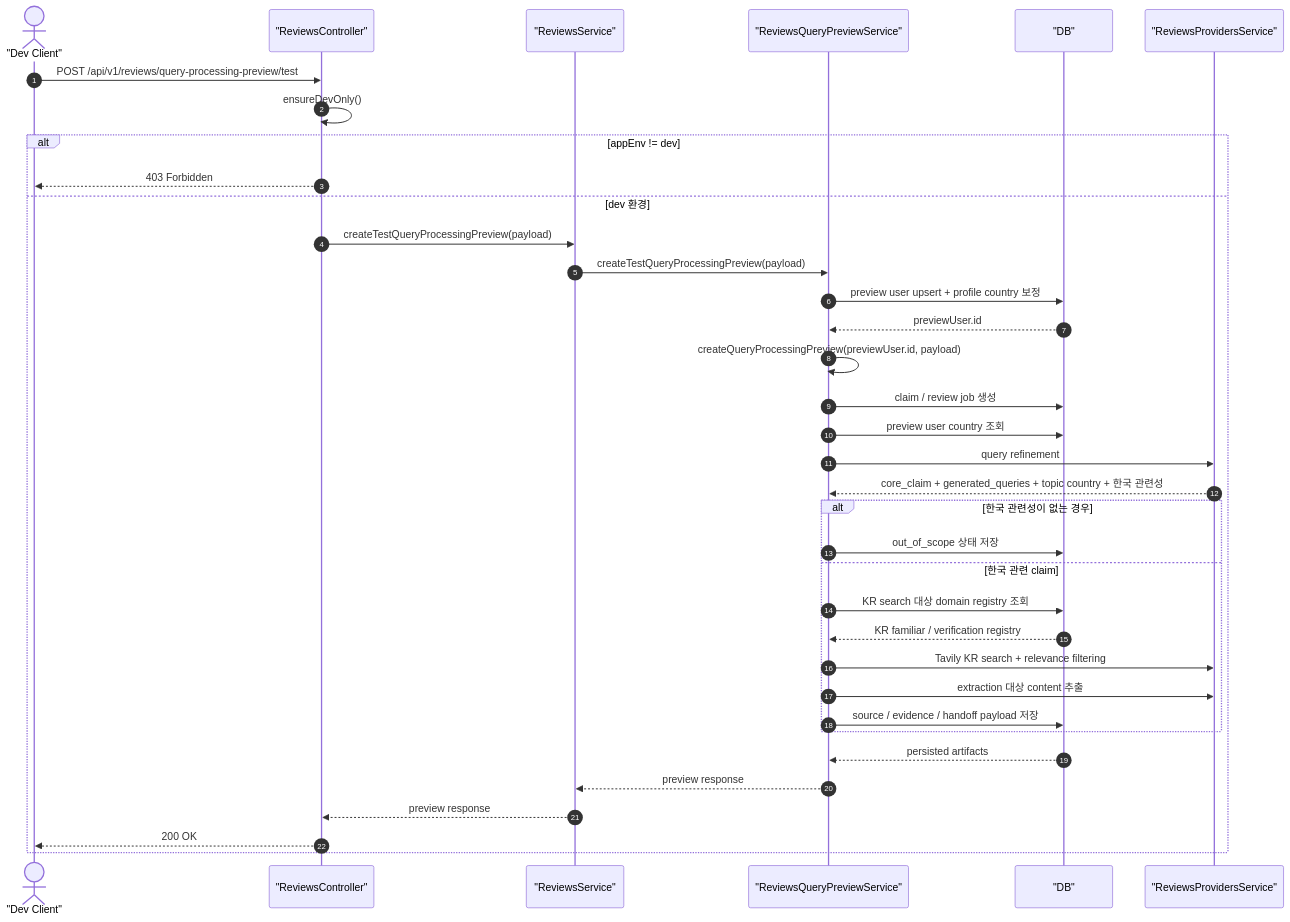
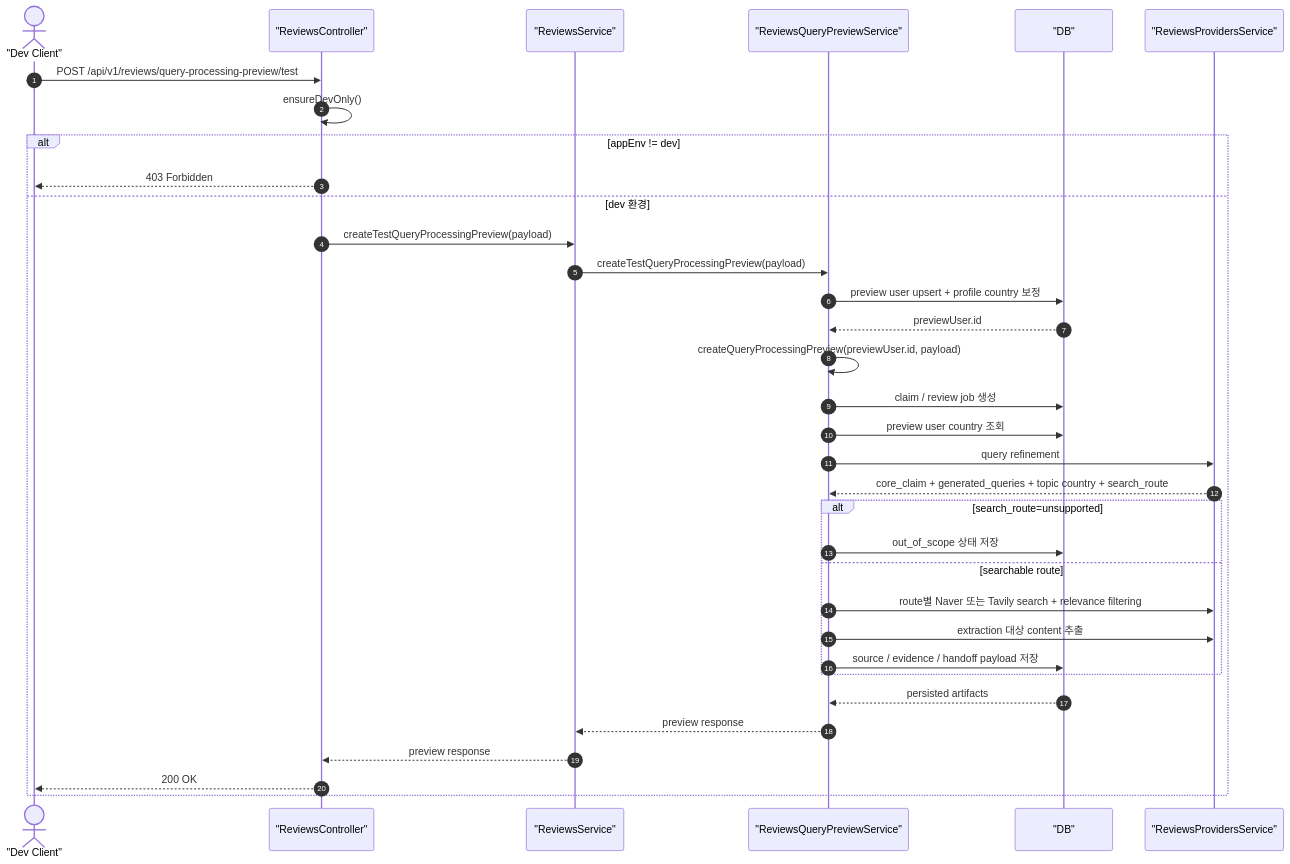
Before and after one commit to dyjeong576/varo: the second of 2 diagrams in docs/review-query-processing.md, drawn with Mermaid. The commit also changed other lines of this file and 30 other files, not shown here.

First line of the commit message:
feat: Implement Naver News Search API integration and provider routing

````diff
--- a/docs/review-query-processing.md
+++ b/docs/review-query-processing.md
@@ -184,40 +195,38 @@
 ```mermaid
 sequenceDiagram
     autonumber
     actor DevClient as "Dev Client"
     participant Controller as "ReviewsController"
     participant ReviewsService as "ReviewsService"
     participant QueryPreviewService as "ReviewsQueryPreviewService"
     participant DB as "DB"
     participant Providers as "ReviewsProvidersService"
 
     DevClient->>Controller: POST /api/v1/reviews/query-processing-preview/test
     Controller->>Controller: ensureDevOnly()
 
     alt appEnv != dev
         Controller-->>DevClient: 403 Forbidden
     else dev 환경
         Controller->>ReviewsService: createTestQueryProcessingPreview(payload)
         ReviewsService->>QueryPreviewService: createTestQueryProcessingPreview(payload)
         QueryPreviewService->>DB: preview user upsert + profile country 보정
         DB-->>QueryPreviewService: previewUser.id
         QueryPreviewService->>QueryPreviewService: createQueryProcessingPreview(previewUser.id, payload)
         QueryPreviewService->>DB: claim / review job 생성
         QueryPreviewService->>DB: preview user country 조회
         QueryPreviewService->>Providers: query refinement
-        Providers-->>QueryPreviewService: core_claim + generated_queries + topic country + 한국 관련성
-        alt 한국 관련성이 없는 경우
+        Providers-->>QueryPreviewService: core_claim + generated_queries + topic country + search_route
+        alt search_route=unsupported
             QueryPreviewService->>DB: out_of_scope 상태 저장
-        else 한국 관련 claim
-            QueryPreviewService->>DB: KR search 대상 domain registry 조회
-            DB-->>QueryPreviewService: KR familiar / verification registry
-            QueryPreviewService->>Providers: Tavily KR search + relevance filtering
+        else searchable route
+            QueryPreviewService->>Providers: route별 Naver 또는 Tavily search + relevance filtering
             QueryPreviewService->>Providers: extraction 대상 content 추출
             QueryPreviewService->>DB: source / evidence / handoff payload 저장
         end
         DB-->>QueryPreviewService: persisted artifacts
         QueryPreviewService-->>ReviewsService: preview response
         ReviewsService-->>Controller: preview response
         Controller-->>DevClient: 200 OK
     end
 ```
````
